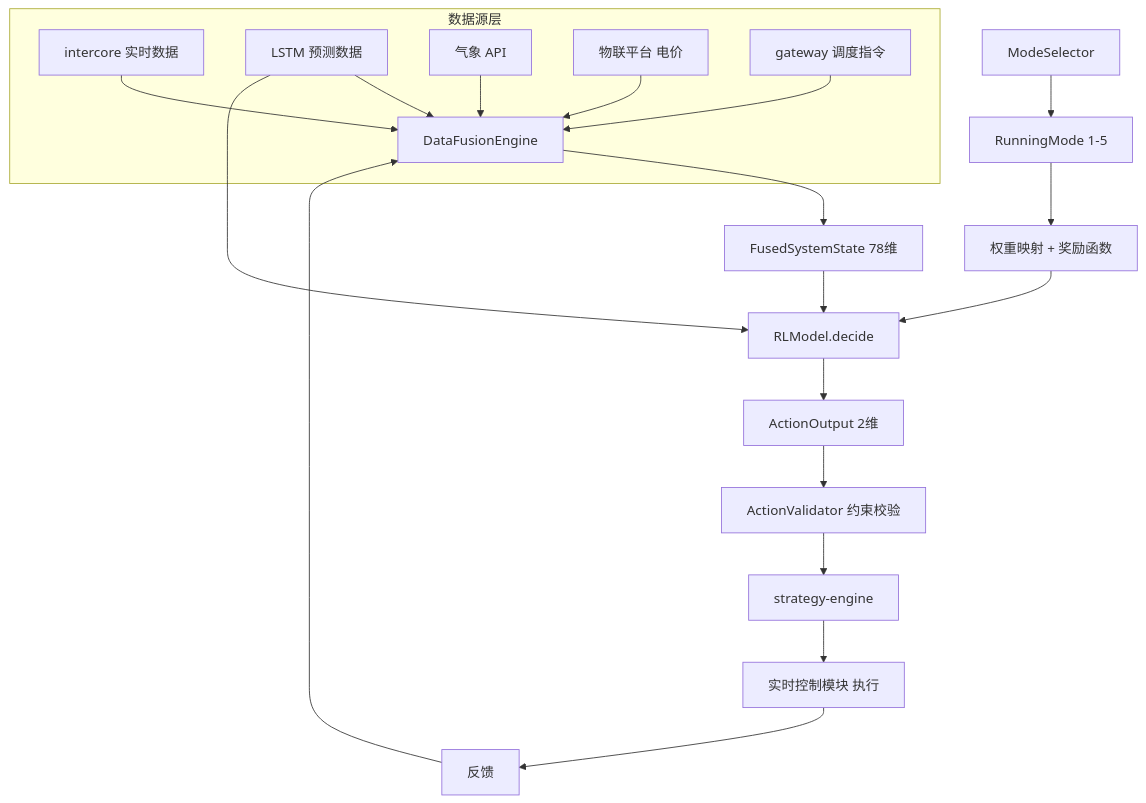
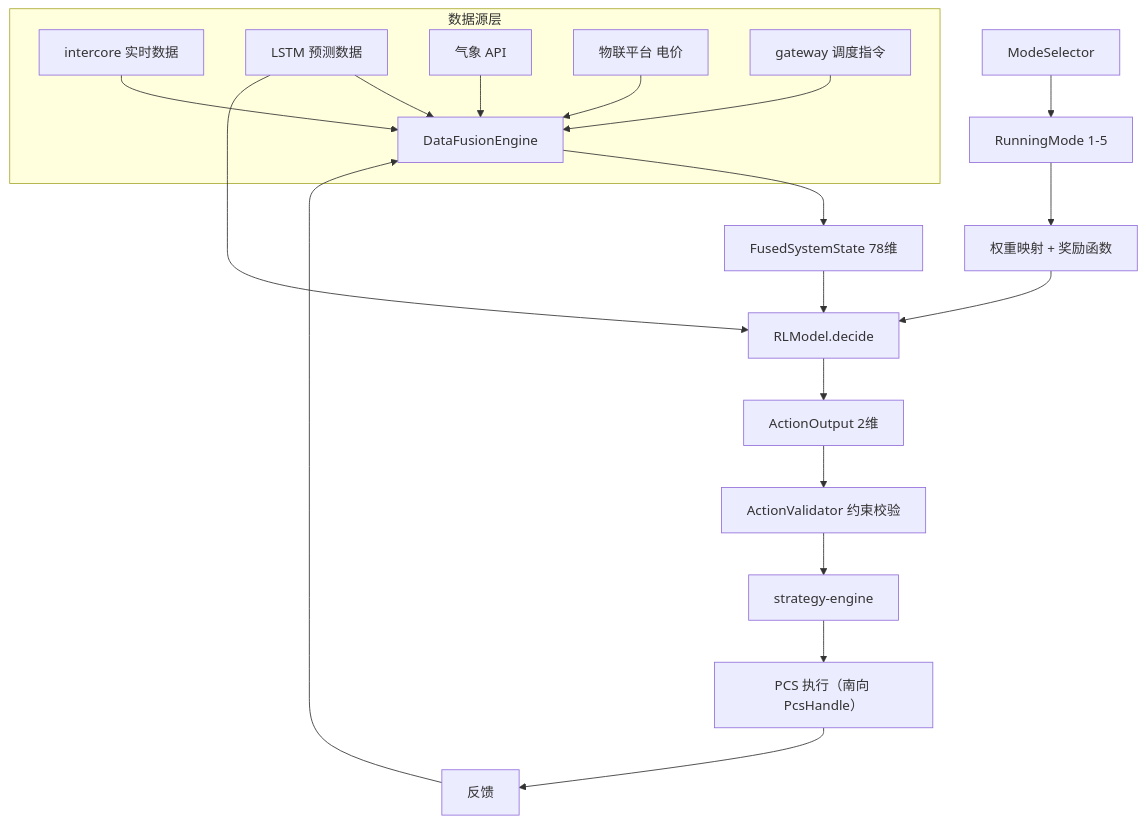
The diagram in docs/superpowers/specs/modules/05-MUPC-AI引擎-PRD.md (leon1205/MUPC), drawn with Mermaid before and after one commit. The commit also changed other lines of this file, not shown here.

First line of the commit message:
docs(ai): 05 PRD 加现状订正块并订正动作下发路径为南向 PcsHandle

````diff
--- a/docs/superpowers/specs/modules/05-MUPC-AI引擎-PRD.md
+++ b/docs/superpowers/specs/modules/05-MUPC-AI引擎-PRD.md
@@ -119,26 +121,26 @@
 ```mermaid
 flowchart TD
     subgraph 数据源层
         A[intercore 实时数据] --> F[DataFusionEngine]
         B[LSTM 预测数据] --> F
         C[气象 API] --> F
         D[物联平台 电价] --> F
         E[gateway 调度指令] --> F
     end
 
     F --> G[FusedSystemState 78维]
     G --> H[RLModel.decide]
     B --> H
     
     H --> I[ActionOutput 2维]
     I --> J[ActionValidator 约束校验]
     J --> K[strategy-engine]
     
-    K --> L[实时控制模块 执行]
+    K --> L[PCS 执行（南向 PcsHandle）]
     L --> M[反馈]
     M --> F
     
     N[ModeSelector] --> O[RunningMode 1-5]
     O --> P[权重映射 + 奖励函数]
     P --> H
 ```
````
